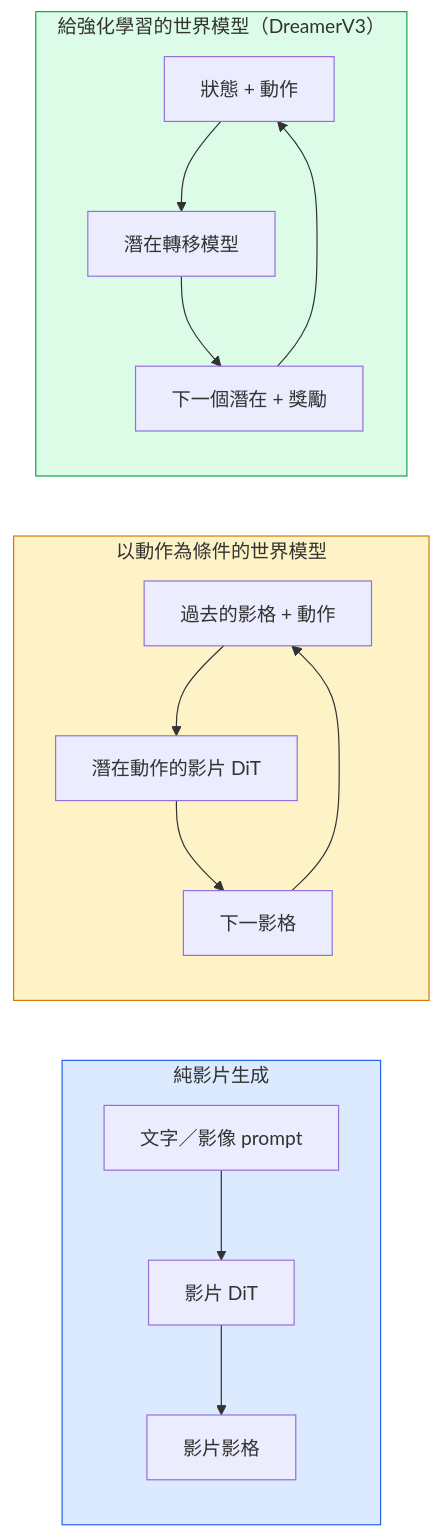
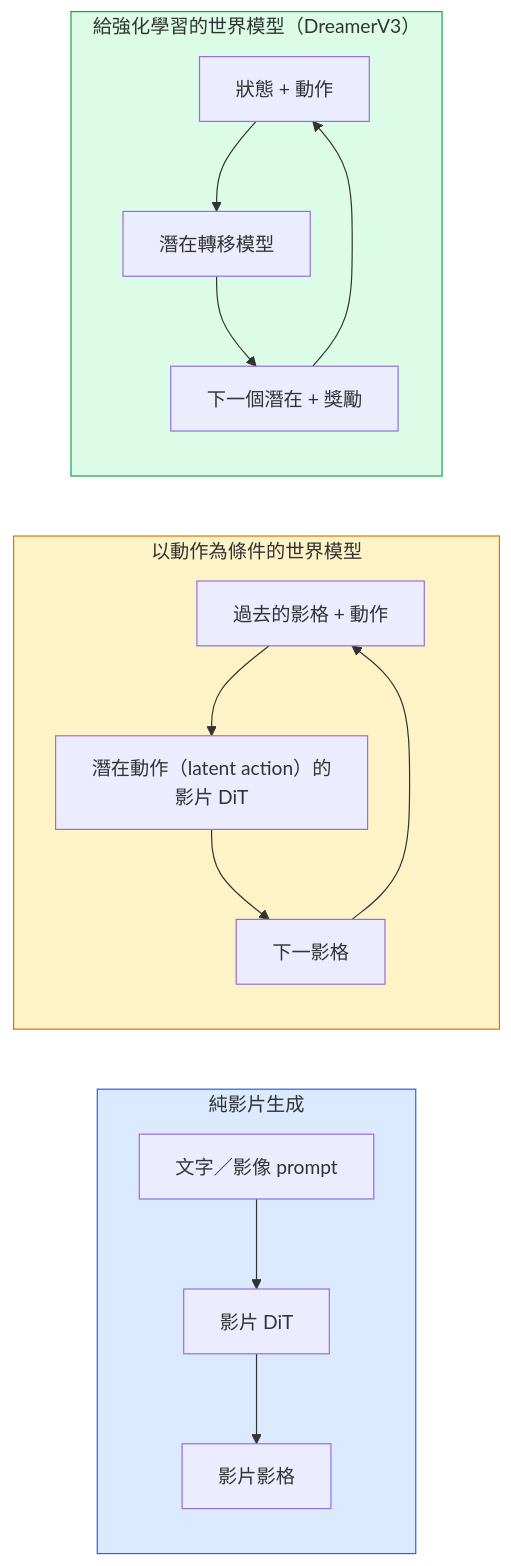
The diagram in i18n/zh-TW/phases/04-computer-vision/28-world-models-video-diffusion/docs/zh-TW.md (edward821220/ai-engineering-from-scratch), drawn with Mermaid before and after one commit. The commit also changed other lines of this file, not shown here.

````diff
--- a/i18n/zh-TW/phases/04-computer-vision/28-world-models-video-diffusion/docs/zh-TW.md
+++ b/i18n/zh-TW/phases/04-computer-vision/28-world-models-video-diffusion/docs/zh-TW.md
@@ -29,18 +29,18 @@
 ```mermaid
 flowchart LR
     subgraph GEN["純影片生成"]
         G1["文字／影像 prompt"] --> G2["影片 DiT"] --> G3["影片影格"]
     end
     subgraph ACTION["以動作為條件的世界模型"]
-        A1["過去的影格 + 動作"] --> A2["潛在動作的影片 DiT"] --> A3["下一影格"]
+        A1["過去的影格 + 動作"] --> A2["潛在動作（latent action）的影片 DiT"] --> A3["下一影格"]
         A3 --> A1
     end
     subgraph RL["給強化學習的世界模型（DreamerV3）"]
         R1["狀態 + 動作"] --> R2["潛在轉移模型"] --> R3["下一個潛在 + 獎勵"]
         R3 --> R1
     end
 
     style GEN fill:#dbeafe,stroke:#2563eb
     style ACTION fill:#fef3c7,stroke:#d97706
     style RL fill:#dcfce7,stroke:#16a34a
 ```
````
